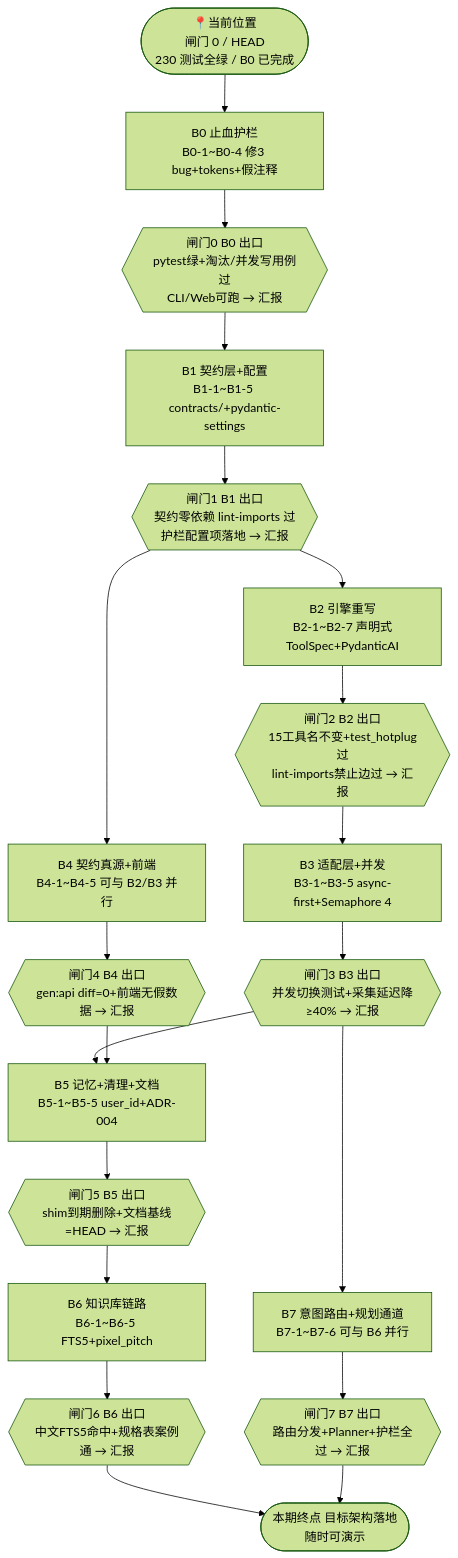
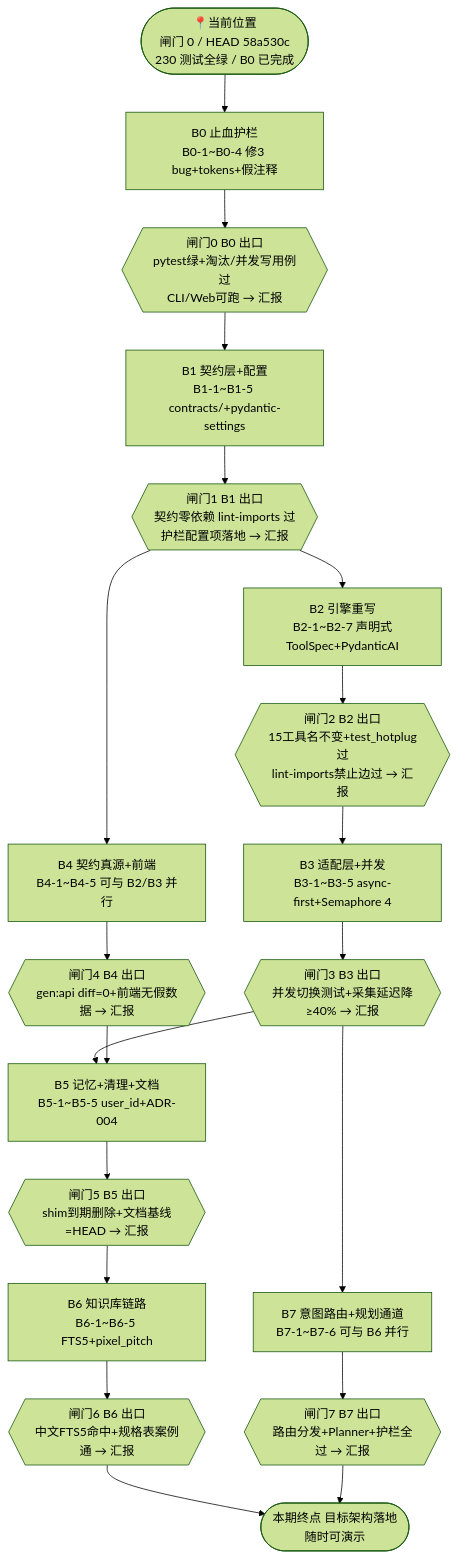
The diagram in docs/codex-longterm-goal.md (North-Q/LightTrail), drawn with Mermaid (forest theme) before and after one commit. The commit also changed other lines of this file and 1 other file, not shown here.

Commit message:
docs: B0 devlog 与状态块 commit hash 回填（58a530c）

````diff
--- a/docs/codex-longterm-goal.md
+++ b/docs/codex-longterm-goal.md
@@ -24,23 +24,23 @@
 ```mermaid
 graph TD
-    S([📍当前位置<br/>闸门 0 / HEAD <B0-4 收口提交><br/>230 测试全绿 / B0 已完成]) --> B0
+    S([📍当前位置<br/>闸门 0 / HEAD 58a530c<br/>230 测试全绿 / B0 已完成]) --> B0
 
     B0[B0 止血护栏<br/>B0-1~B0-4 修3 bug+tokens+假注释] --> G0{{闸门0 B0 出口<br/>pytest绿+淘汰/并发写用例过<br/>CLI/Web可跑 → 汇报}}
     G0 --> B1[B1 契约层+配置<br/>B1-1~B1-5 contracts/+pydantic-settings]
     B1 --> G1{{闸门1 B1 出口<br/>契约零依赖 lint-imports 过<br/>护栏配置项落地 → 汇报}}
     G1 --> B2[B2 引擎重写<br/>B2-1~B2-7 声明式ToolSpec+PydanticAI]
     G1 --> B4[B4 契约真源+前端<br/>B4-1~B4-5 可与 B2/B3 并行]
     B2 --> G2{{闸门2 B2 出口<br/>15工具名不变+test_hotplug过<br/>lint-imports禁止边过 → 汇报}}
     G2 --> B3[B3 适配层+并发<br/>B3-1~B3-5 async-first+Semaphore 4]
     B4 --> G4{{闸门4 B4 出口<br/>gen:api diff=0+前端无假数据 → 汇报}}
     B3 --> G3{{闸门3 B3 出口<br/>并发切换测试+采集延迟降≥40% → 汇报}}
     G3 --> B5[B5 记忆+清理+文档<br/>B5-1~B5-5 user_id+ADR-004]
     G4 --> B5
     B5 --> G5{{闸门5 B5 出口<br/>shim到期删除+文档基线=HEAD → 汇报}}
     G5 --> B6[B6 知识库链路<br/>B6-1~B6-5 FTS5+pixel_pitch]
     G3 --> B7[B7 意图路由+规划通道<br/>B7-1~B7-6 可与 B6 并行]
     B6 --> G6{{闸门6 B6 出口<br/>中文FTS5命中+规格表案例通 → 汇报}}
     B7 --> G7{{闸门7 B7 出口<br/>路由分发+Planner+护栏全过 → 汇报}}
     G6 --> Z([本期终点 目标架构落地<br/>随时可演示])
     G7 --> Z
 ```
````
